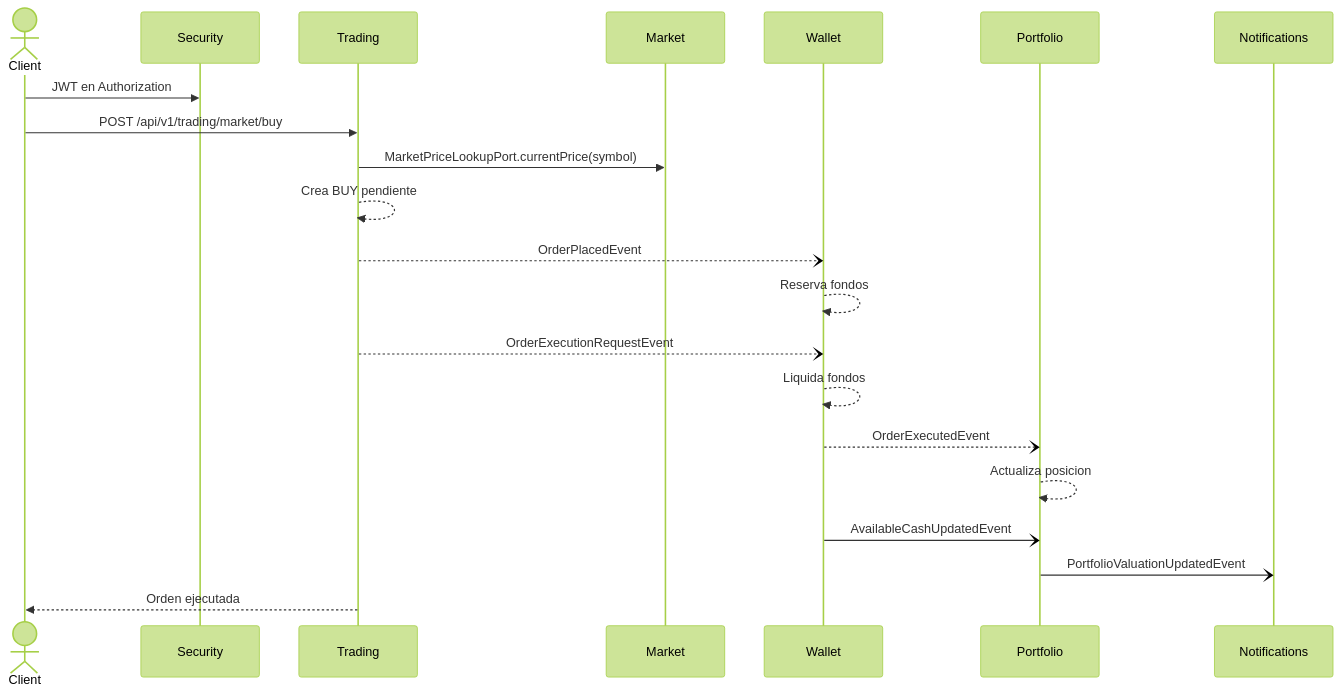
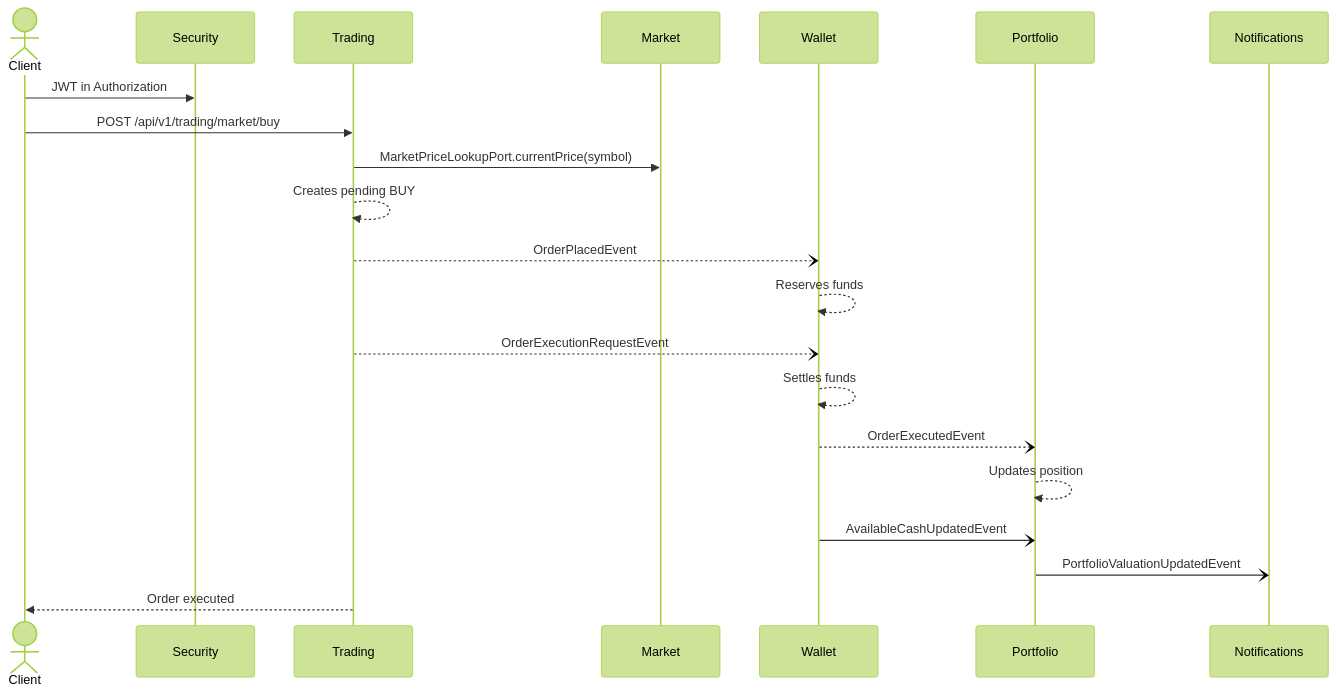
Before and after one commit to SergioGarciaRuiz557/EZTrade: the diagram in EZTrade/backend/README.md, drawn with Mermaid (forest theme). The commit also changed other lines of this file and 342 other files, not shown here.

````diff
--- a/EZTrade/backend/README.md
+++ b/EZTrade/backend/README.md
@@ -81,24 +81,24 @@
 ```mermaid
 sequenceDiagram
     actor Client
     participant Security
     participant Trading
     participant Market
     participant Wallet
     participant Portfolio
     participant Notifications
 
-    Client->>Security: JWT en Authorization
+    Client->>Security: JWT in Authorization
     Client->>Trading: POST /api/v1/trading/market/buy
     Trading->>Market: MarketPriceLookupPort.currentPrice(symbol)
-    Trading-->>Trading: Crea BUY pendiente
+    Trading-->>Trading: Creates pending BUY
     Trading--)Wallet: OrderPlacedEvent
-    Wallet-->>Wallet: Reserva fondos
+    Wallet-->>Wallet: Reserves funds
     Trading--)Wallet: OrderExecutionRequestEvent
-    Wallet-->>Wallet: Liquida fondos
+    Wallet-->>Wallet: Settles funds
     Wallet--)Portfolio: OrderExecutedEvent
-    Portfolio-->>Portfolio: Actualiza posicion
+    Portfolio-->>Portfolio: Updates position
     Wallet-)Portfolio: AvailableCashUpdatedEvent
     Portfolio-)Notifications: PortfolioValuationUpdatedEvent
-    Trading-->>Client: Orden ejecutada
+    Trading-->>Client: Order executed
 ```
````
